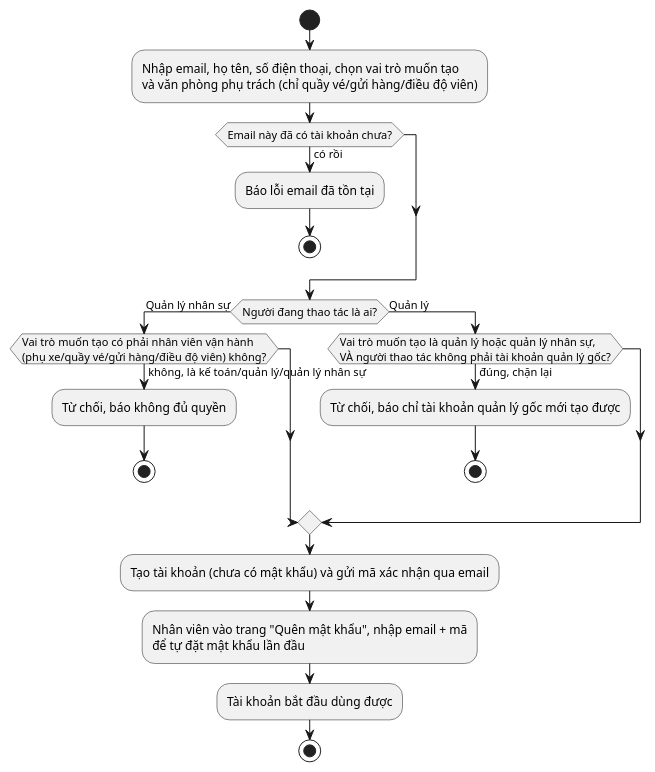
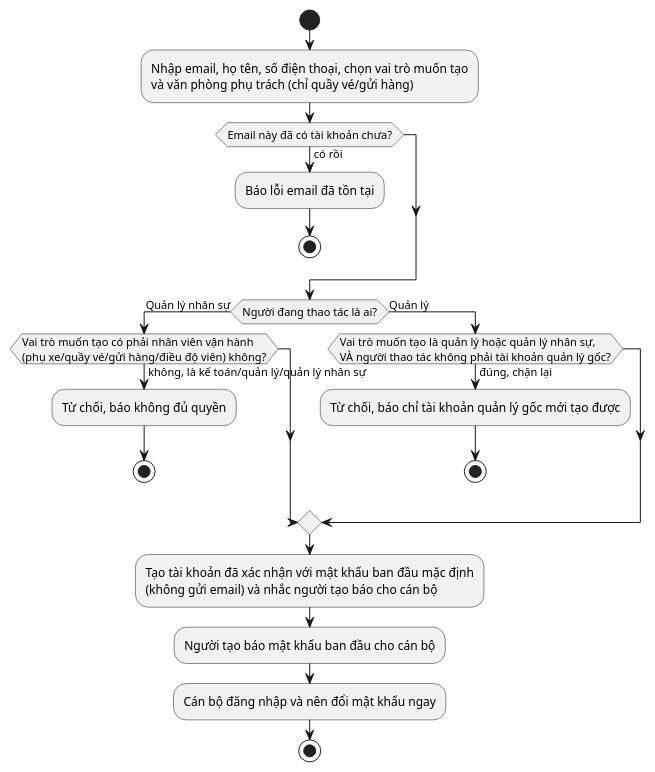
One commit to nguyenvietanhit19/Project1_HeThongQuanLyNhaXeKhachLienTinh changed diagram 45 of 53 in UML_DIAGRAMS.md. Above: the diagram before and after it, drawn with PlantUML. The commit also changed other lines of this file and 16 other files, not shown here.

````diff
--- a/UML_DIAGRAMS.md
+++ b/UML_DIAGRAMS.md
@@ -1292,25 +1292,25 @@
 ```plantuml
 @startuml AD_UC36_TaoTaiKhoanNhanVien
 start
-:Nhập email, họ tên, số điện thoại, chọn vai trò muốn tạo\nvà văn phòng phụ trách (chỉ quầy vé/gửi hàng/điều độ viên);
+:Nhập email, họ tên, số điện thoại, chọn vai trò muốn tạo\nvà văn phòng phụ trách (chỉ quầy vé/gửi hàng);
 if (Email này đã có tài khoản chưa?) then (có rồi)
   :Báo lỗi email đã tồn tại;
   stop
 endif
 if (Người đang thao tác là ai?) then (Quản lý nhân sự)
   if (Vai trò muốn tạo có phải nhân viên vận hành\n(phụ xe/quầy vé/gửi hàng/điều độ viên) không?) then (không, là kế toán/quản lý/quản lý nhân sự)
     :Từ chối, báo không đủ quyền;
     stop
   endif
 else (Quản lý)
   if (Vai trò muốn tạo là quản lý hoặc quản lý nhân sự,\nVÀ người thao tác không phải tài khoản quản lý gốc?) then (đúng, chặn lại)
     :Từ chối, báo chỉ tài khoản quản lý gốc mới tạo được;
     stop
   endif
 endif
-:Tạo tài khoản (chưa có mật khẩu) và gửi mã xác nhận qua email;
-:Nhân viên vào trang "Quên mật khẩu", nhập email + mã\nđể tự đặt mật khẩu lần đầu;
-:Tài khoản bắt đầu dùng được;
+:Tạo tài khoản đã xác nhận với mật khẩu ban đầu mặc định\n(không gửi email) và nhắc người tạo báo cho cán bộ;
+:Người tạo báo mật khẩu ban đầu cho cán bộ;
+:Cán bộ đăng nhập và nên đổi mật khẩu ngay;
 stop
 @enduml
 ```
````
